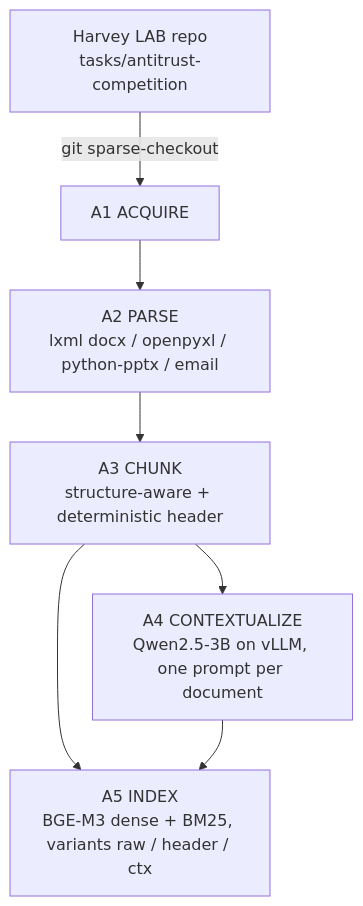
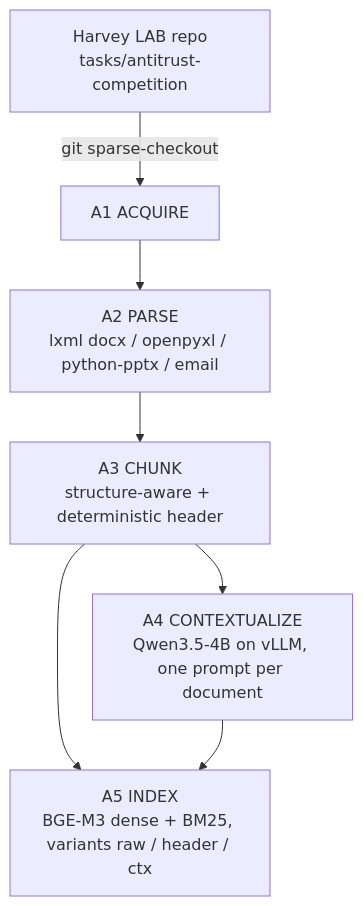
One commit to nrusnac/DP_task_RAG changed the first of 2 diagrams in docs/02-architecture.md. Above: the diagram before and after it, drawn with Mermaid. The commit also changed other lines of this file and 12 other files, not shown here.

````diff
--- a/docs/02-architecture.md
+++ b/docs/02-architecture.md
@@ -5,9 +5,9 @@
 ```mermaid
 flowchart TD
     A["Harvey LAB repo<br/>tasks/antitrust-competition"] -->|git sparse-checkout| B["A1 ACQUIRE"]
     B --> C["A2 PARSE<br/>lxml docx / openpyxl / python-pptx / email"]
     C --> D["A3 CHUNK<br/>structure-aware + deterministic header"]
-    D --> E["A4 CONTEXTUALIZE<br/>Qwen2.5-3B on vLLM, one prompt per document"]
+    D --> E["A4 CONTEXTUALIZE<br/>Qwen3.5-4B on vLLM, one prompt per document"]
     D --> F
     E --> F["A5 INDEX<br/>BGE-M3 dense + BM25, variants raw / header / ctx"]
 ```
````
